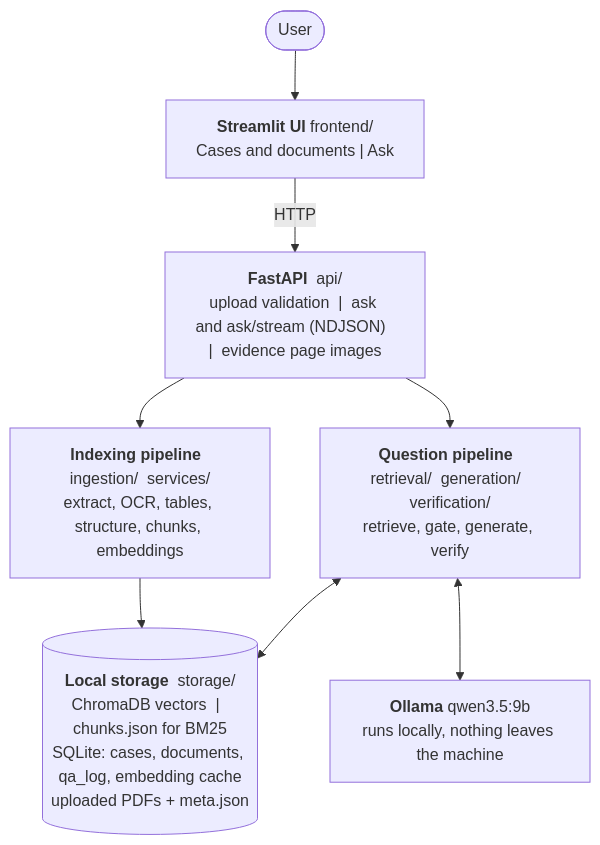
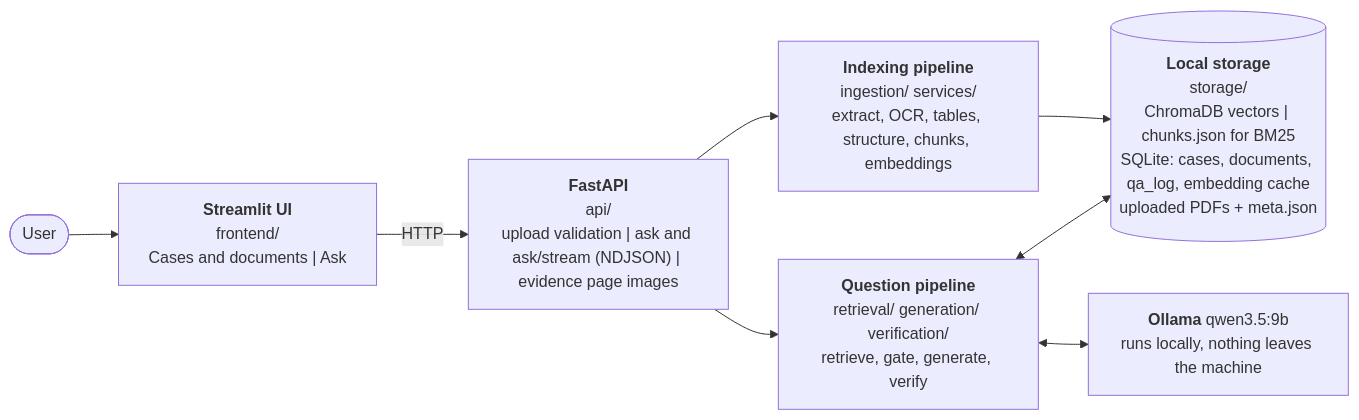
One commit to ArSravan/LexoraAI changed the first of 3 diagrams in docs/architecture.md. Above: the diagram before and after it, drawn with Mermaid. The commit also changed other lines of this file and 9 other files, not shown here.

Commit message:
Rewrite the README and add the extended-features, evaluation-analysis and UI-verification documents

````diff
--- a/docs/architecture.md
+++ b/docs/architecture.md
@@ -11,10 +11,10 @@
 ```mermaid
-flowchart TB
-    user(["User"]) --> ui["<b>Streamlit UI</b>  frontend/<br/>Cases and documents  |  Ask"]
-    ui -- "HTTP" --> api["<b>FastAPI</b>  api/<br/>upload validation  |  ask and ask/stream (NDJSON)  |  evidence page images"]
-    api --> indexing["<b>Indexing pipeline</b>  ingestion/  services/<br/>extract, OCR, tables, structure, chunks, embeddings"]
-    api --> qa["<b>Question pipeline</b>  retrieval/  generation/  verification/<br/>retrieve, gate, generate, verify"]
-    indexing --> store[("<b>Local storage</b>  storage/<br/>ChromaDB vectors  |  chunks.json for BM25<br/>SQLite: cases, documents, qa_log, embedding cache<br/>uploaded PDFs + meta.json")]
+flowchart LR
+    user(["User"]) --> ui["<b>Streamlit UI</b><br/>frontend/<br/>Cases and documents | Ask"]
+    ui -- "HTTP" --> api["<b>FastAPI</b><br/>api/<br/>upload validation | ask and ask/stream (NDJSON) | evidence page images"]
+    api --> indexing["<b>Indexing pipeline</b><br/>ingestion/ services/<br/>extract, OCR, tables, structure, chunks, embeddings"]
+    api --> qa["<b>Question pipeline</b><br/>retrieval/ generation/ verification/<br/>retrieve, gate, generate, verify"]
+    indexing --> store[("<b>Local storage</b><br/>storage/<br/>ChromaDB vectors | chunks.json for BM25<br/>SQLite: cases, documents, qa_log, embedding cache<br/>uploaded PDFs + meta.json")]
     qa <--> store
     qa <--> llm["<b>Ollama</b> qwen3.5:9b<br/>runs locally, nothing leaves the machine"]
 ```
````
